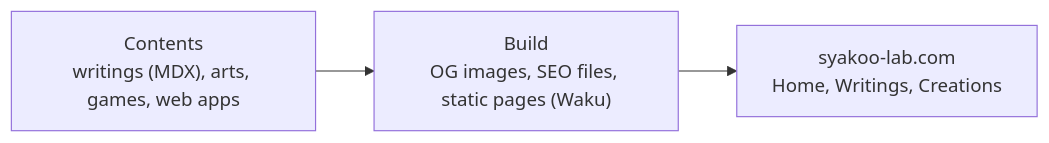
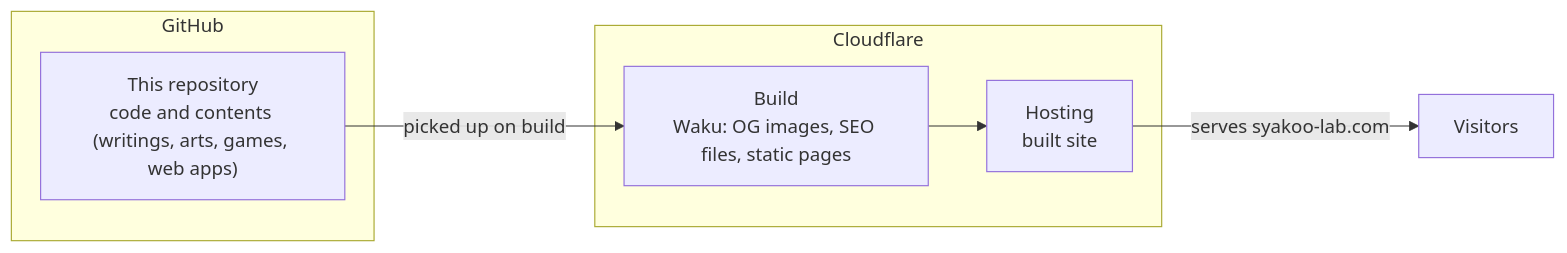
Before and after one commit to syakoo/syakoo-lab: the diagram in README.md, drawn with Mermaid. The commit also changed other lines of this file and 2 other files, not shown here.

Commit message:
docs(readme): show GitHub and Cloudflare in the architecture diagram (Slice 1)
Claude-Session: https://claude.ai/code/session_01HoYxfG38kRurfrmRV8uGp2

````diff
--- a/README.md
+++ b/README.md
@@ -17,5 +17,13 @@
 ```mermaid
 flowchart LR
-  C["Contents<br/>writings (MDX), arts, games, web apps"] --> B["Build<br/>OG images, SEO files, static pages (Waku)"]
-  B --> S["syakoo-lab.com<br/>Home, Writings, Creations"]
+  subgraph GH["GitHub"]
+    R["This repository<br/>code and contents (writings, arts, games, web apps)"]
+  end
+  subgraph CF["Cloudflare"]
+    B["Build<br/>Waku: OG images, SEO files, static pages"]
+    H["Hosting<br/>built site"]
+    B --> H
+  end
+  R -->|"picked up on build"| B
+  H -->|"serves syakoo-lab.com"| V["Visitors"]
 ```
````
